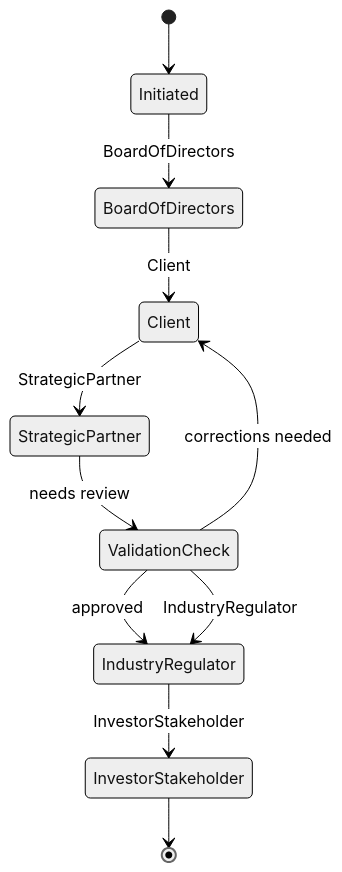
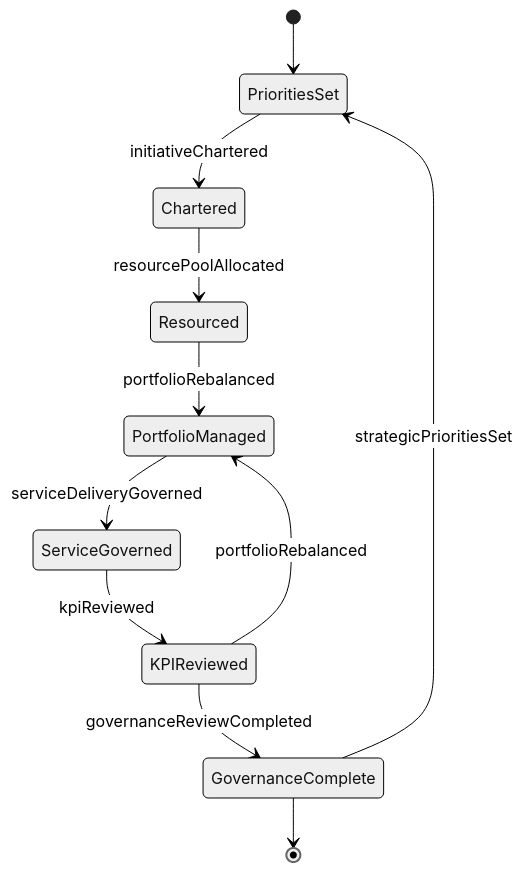
One commit to dot-org-ai/tasks.org.ai changed the second of 4 diagrams in GuidingDirectingAndMotivatingSubordinates/DirectOrganizationalOperationsActivitiesOrProcedures/DirectOrganizationalOperationsProjectsServices.mdx. Above: the diagram before and after it, drawn with Mermaid (neutral theme). The commit also changed other lines of this file and 515 other files, not shown here.

````diff
--- a/GuidingDirectingAndMotivatingSubordinates/DirectOrganizationalOperationsActivitiesOrProcedures/DirectOrganizationalOperationsProjectsServices.mdx
+++ b/GuidingDirectingAndMotivatingSubordinates/DirectOrganizationalOperationsActivitiesOrProcedures/DirectOrganizationalOperationsProjectsServices.mdx
@@ -102,13 +104,13 @@
 ```mermaid
 stateDiagram-v2
-    [*] --> Initiated
-    Initiated --> BoardOfDirectors: BoardOfDirectors
-    BoardOfDirectors --> Client: Client
-    Client --> StrategicPartner: StrategicPartner
-    StrategicPartner --> ValidationCheck: needs review
-    ValidationCheck --> Client: corrections needed
-    ValidationCheck --> IndustryRegulator: approved
-    ValidationCheck --> IndustryRegulator: IndustryRegulator
-    IndustryRegulator --> InvestorStakeholder: InvestorStakeholder
-    InvestorStakeholder --> [*]
+    [*] --> PrioritiesSet
+    PrioritiesSet --> Chartered : initiativeChartered
+    Chartered --> Resourced : resourcePoolAllocated
+    Resourced --> PortfolioManaged : portfolioRebalanced
+    PortfolioManaged --> ServiceGoverned : serviceDeliveryGoverned
+    ServiceGoverned --> KPIReviewed : kpiReviewed
+    KPIReviewed --> GovernanceComplete : governanceReviewCompleted
+    KPIReviewed --> PortfolioManaged : portfolioRebalanced
+    GovernanceComplete --> PrioritiesSet : strategicPrioritiesSet
+    GovernanceComplete --> [*]
 ```
````
